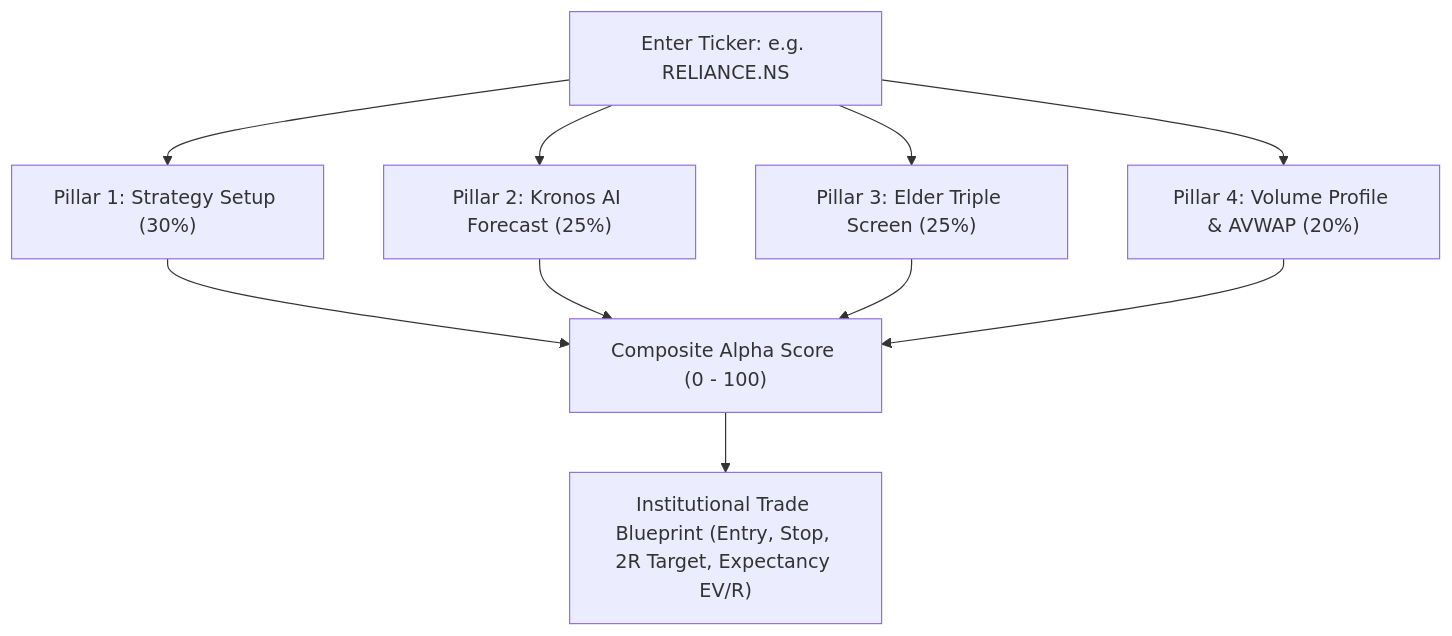
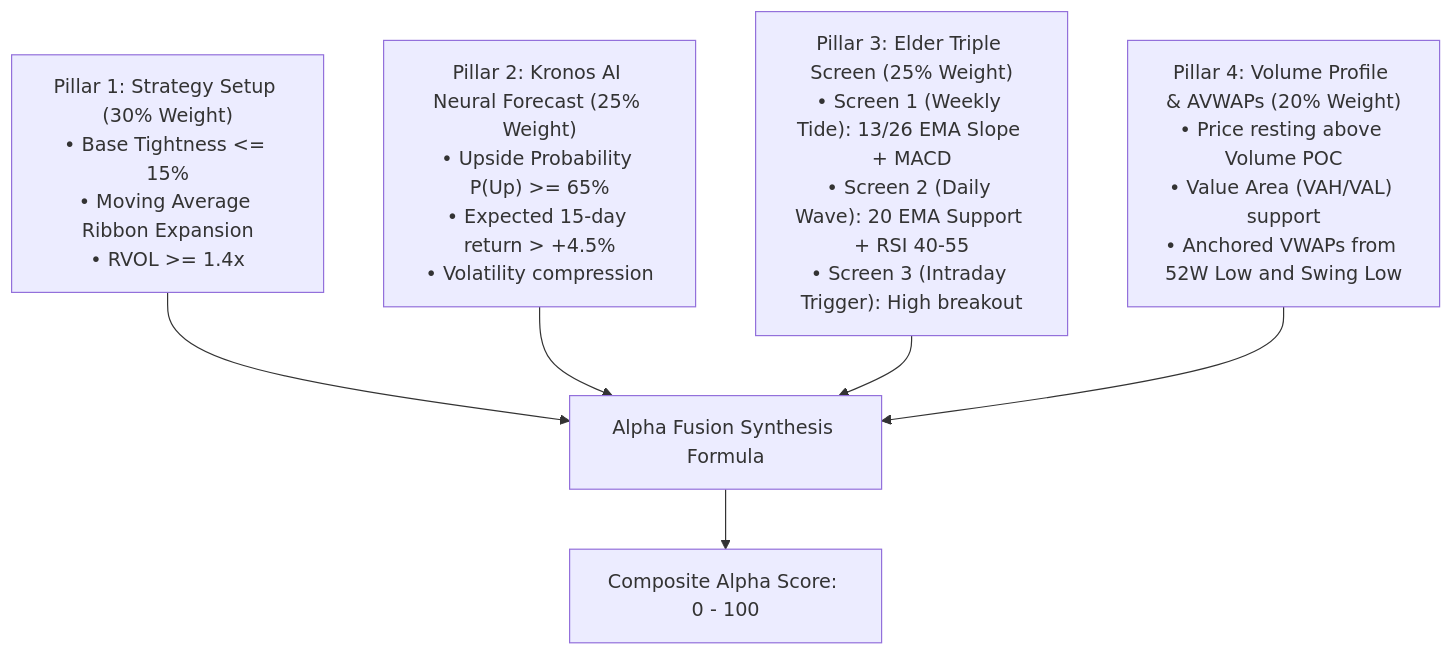
Before and after one commit to srathi/SwingTradeDeskPro: the second of 5 diagrams in USER_GUIDE.md, drawn with Mermaid. The commit also changed other lines of this file, not shown here.

Commit message:
docs: expand USER_GUIDE.md with exhaustive value thresholds, good/bad benchmarks, and worked numerical examples

````diff
--- a/USER_GUIDE.md
+++ b/USER_GUIDE.md
@@ -102,9 +139,10 @@
 ```mermaid
 graph TD
-    Input["Enter Ticker: e.g. RELIANCE.NS"] --> P1["Pillar 1: Strategy Setup (30%)"]
-    Input --> P2["Pillar 2: Kronos AI Forecast (25%)"]
-    Input --> P3["Pillar 3: Elder Triple Screen (25%)"]
-    Input --> P4["Pillar 4: Volume Profile & AVWAP (20%)"]
-    P1 & P2 & P3 & P4 --> Composite["Composite Alpha Score (0 - 100)"]
-    Composite --> Blueprint["Institutional Trade Blueprint (Entry, Stop, 2R Target, Expectancy EV/R)"]
+    P1["Pillar 1: Strategy Setup (30% Weight)<br>• Base Tightness <= 15%<br>• Moving Average Ribbon Expansion<br>• RVOL >= 1.4x"]
+    P2["Pillar 2: Kronos AI Neural Forecast (25% Weight)<br>• Upside Probability P(Up) >= 65%<br>• Expected 15-day return > +4.5%<br>• Volatility compression"]
+    P3["Pillar 3: Elder Triple Screen (25% Weight)<br>• Screen 1 (Weekly Tide): 13/26 EMA Slope + MACD<br>• Screen 2 (Daily Wave): 20 EMA Support + RSI 40-55<br>• Screen 3 (Intraday Trigger): High breakout"]
+    P4["Pillar 4: Volume Profile & AVWAPs (20% Weight)<br>• Price resting above Volume POC<br>• Value Area (VAH/VAL) support<br>• Anchored VWAPs from 52W Low and Swing Low"]
+
+    P1 & P2 & P3 & P4 --> Fusion["Alpha Fusion Synthesis Formula"]
+    Fusion --> Score["Composite Alpha Score: 0 - 100"]
 ```
````
